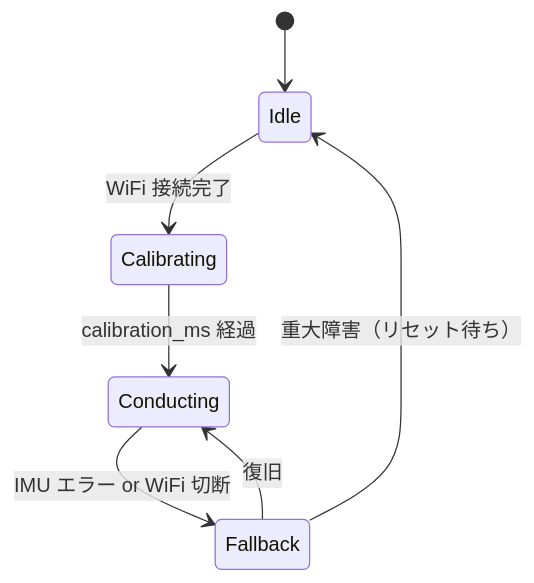
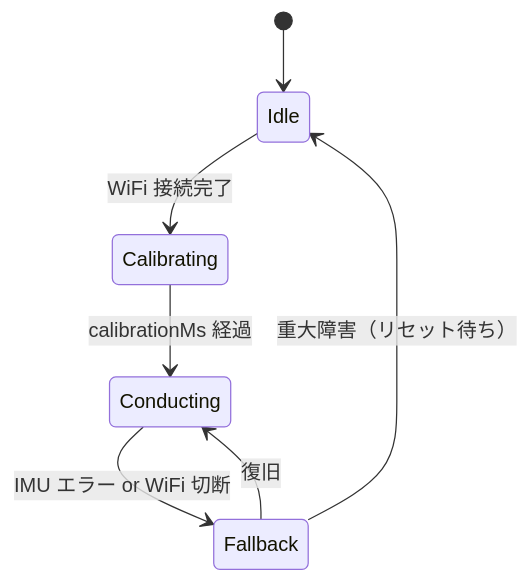
The diagram in work/shiozawa/work-0422/design_draft/sections/11_node_conductor.md (takushio2525/2026-hackathon-team23), drawn with Mermaid before and after one commit. The commit also changed other lines of this file and 11 other files, not shown here.

````diff
--- a/work/shiozawa/work-0422/design_draft/sections/11_node_conductor.md
+++ b/work/shiozawa/work-0422/design_draft/sections/11_node_conductor.md
@@ -199,9 +363,9 @@
 ```mermaid
 stateDiagram-v2
     [*] --> Idle
     Idle --> Calibrating: WiFi 接続完了
-    Calibrating --> Conducting: calibration_ms 経過
+    Calibrating --> Conducting: calibrationMs 経過
     Conducting --> Fallback: IMU エラー or WiFi 切断
     Fallback --> Conducting: 復旧
     Fallback --> Idle: 重大障害（リセット待ち）
 ```
````
